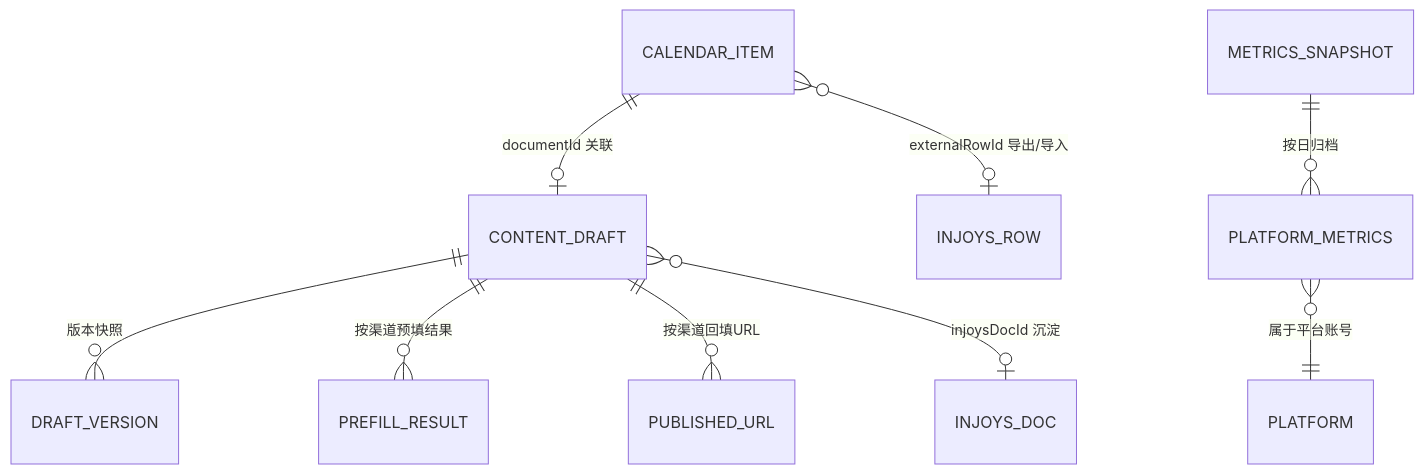
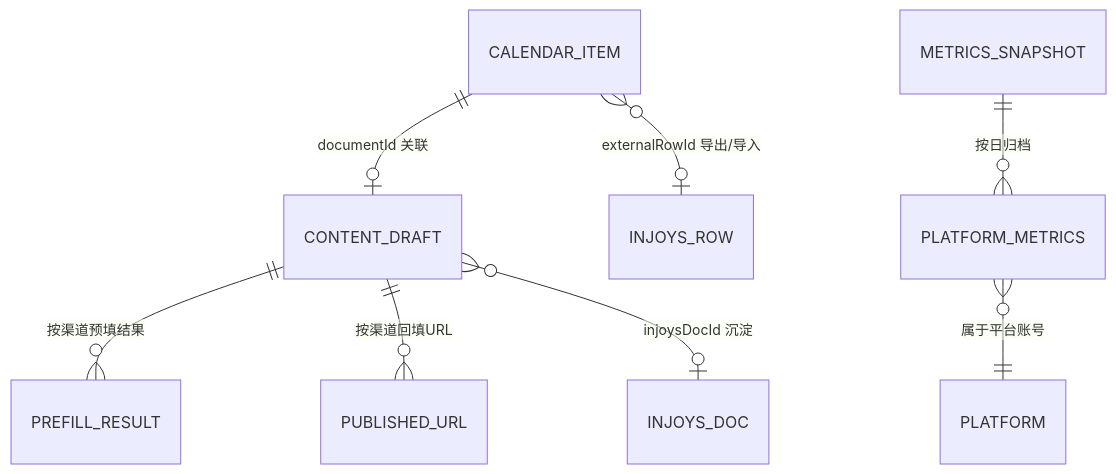
Before and after one commit to InJoysAI/dsh-growth-studio: the first of 2 diagrams in .context/architecture/data_architecture.md, drawn with Mermaid. The commit also changed other lines of this file and 34 other files, not shown here.

Commit message:
refactor: synchronize project documentation and context files with latest architecture updates

````diff
--- a/.context/architecture/data_architecture.md
+++ b/.context/architecture/data_architecture.md
@@ -19,11 +20,10 @@
 ```mermaid
 erDiagram
     CALENDAR_ITEM ||--o| CONTENT_DRAFT : "documentId 关联"
-    CONTENT_DRAFT ||--o{ DRAFT_VERSION : "版本快照"
     CONTENT_DRAFT ||--o{ PREFILL_RESULT : "按渠道预填结果"
     CONTENT_DRAFT ||--o{ PUBLISHED_URL : "按渠道回填URL"
     CONTENT_DRAFT }o--o| INJOYS_DOC : "injoysDocId 沉淀"
     CALENDAR_ITEM }o--o| INJOYS_ROW : "externalRowId 导出/导入"
     PLATFORM_METRICS }o--|| PLATFORM : "属于平台账号"
     METRICS_SNAPSHOT ||--o{ PLATFORM_METRICS : "按日归档"
 ```
````
